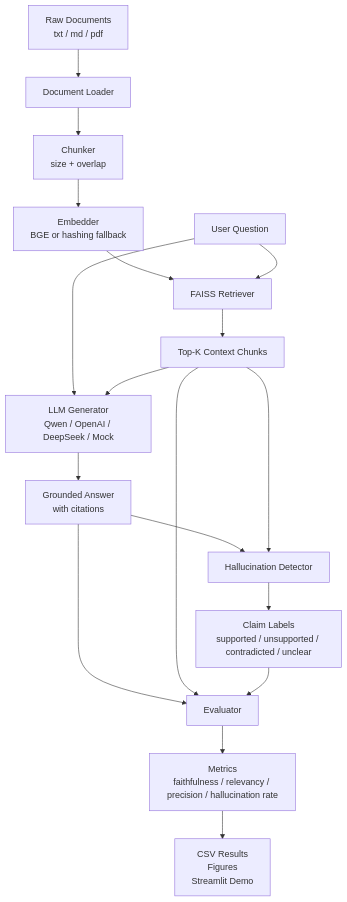
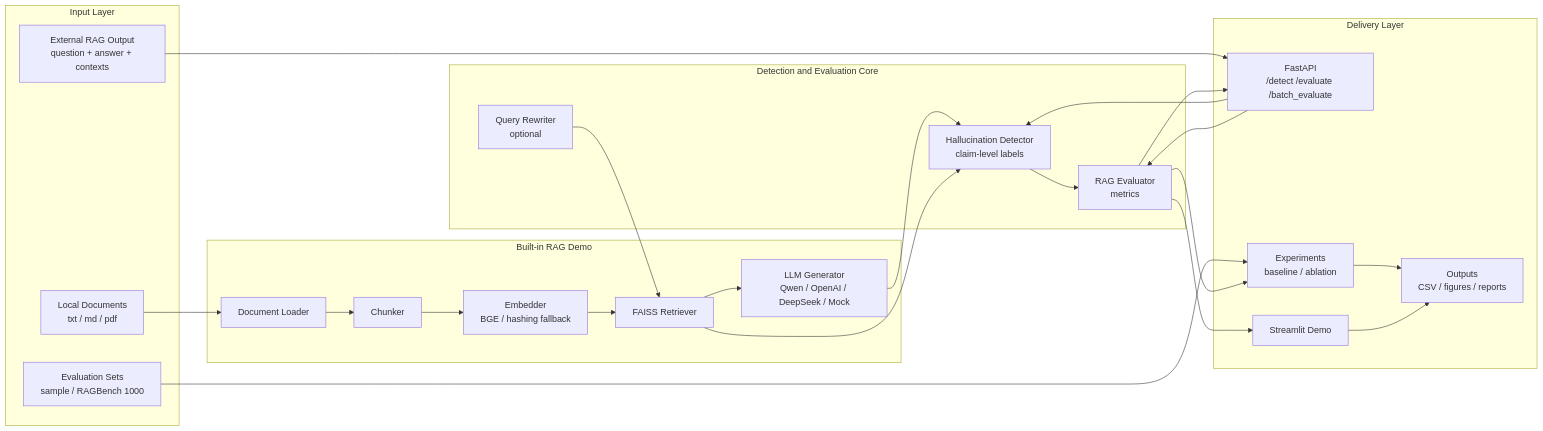
One commit to GuMiShDo666/rag-hallucination-eval changed the diagram in README_EN.md. Above: the diagram before and after it, drawn with Mermaid. The commit also changed 1 other file, not shown here.

Commit message:
improve readme architecture diagram

````diff
--- a/README_EN.md
+++ b/README_EN.md
@@ -75,20 +75,45 @@
 ```mermaid
-flowchart TD
-    A["Raw Documents<br/>txt / md / pdf"] --> B["Document Loader"]
-    B --> C["Chunker<br/>size + overlap"]
-    C --> D["Embedder<br/>BGE or hashing fallback"]
-    D --> E["FAISS Retriever"]
-    Q["User Question"] --> E
-    E --> F["Top-K Context Chunks"]
-    Q --> G["LLM Generator<br/>Qwen / OpenAI / DeepSeek / Mock"]
-    F --> G
-    G --> H["Grounded Answer<br/>with citations"]
-    H --> I["Hallucination Detector"]
-    F --> I
-    I --> J["Claim Labels<br/>supported / unsupported / contradicted / unclear"]
-    H --> K["Evaluator"]
-    F --> K
+flowchart LR
+    subgraph Input["Input Layer"]
+        A["Local Documents<br/>txt / md / pdf"]
+        B["Evaluation Sets<br/>sample / RAGBench 1000"]
+        C["External RAG Output<br/>question + answer + contexts"]
+    end
+
+    subgraph DemoRAG["Built-in RAG Demo"]
+        D["Document Loader"]
+        E["Chunker"]
+        F["Embedder<br/>BGE / hashing fallback"]
+        G["FAISS Retriever"]
+        H["LLM Generator<br/>Qwen / OpenAI / DeepSeek / Mock"]
+    end
+
+    subgraph Core["Detection and Evaluation Core"]
+        I["Query Rewriter<br/>optional"]
+        J["Hallucination Detector<br/>claim-level labels"]
+        K["RAG Evaluator<br/>metrics"]
+    end
+
+    subgraph Delivery["Delivery Layer"]
+        L["FastAPI<br/>/detect /evaluate /batch_evaluate"]
+        M["Experiments<br/>baseline / ablation"]
+        N["Streamlit Demo"]
+        O["Outputs<br/>CSV / figures / reports"]
+    end
+
+    A --> D --> E --> F --> G
+    B --> M
+    G --> H
+    H --> J
+    G --> J
+    C --> L
+    L --> J
+    L --> K
+    I --> G
     J --> K
-    K --> L["Metrics<br/>faithfulness / relevancy / precision / hallucination rate"]
-    L --> M["CSV Results<br/>Figures<br/>Streamlit Demo"]
+    K --> L
+    K --> M
+    K --> N
+    M --> O
+    N --> O
 ```
````
